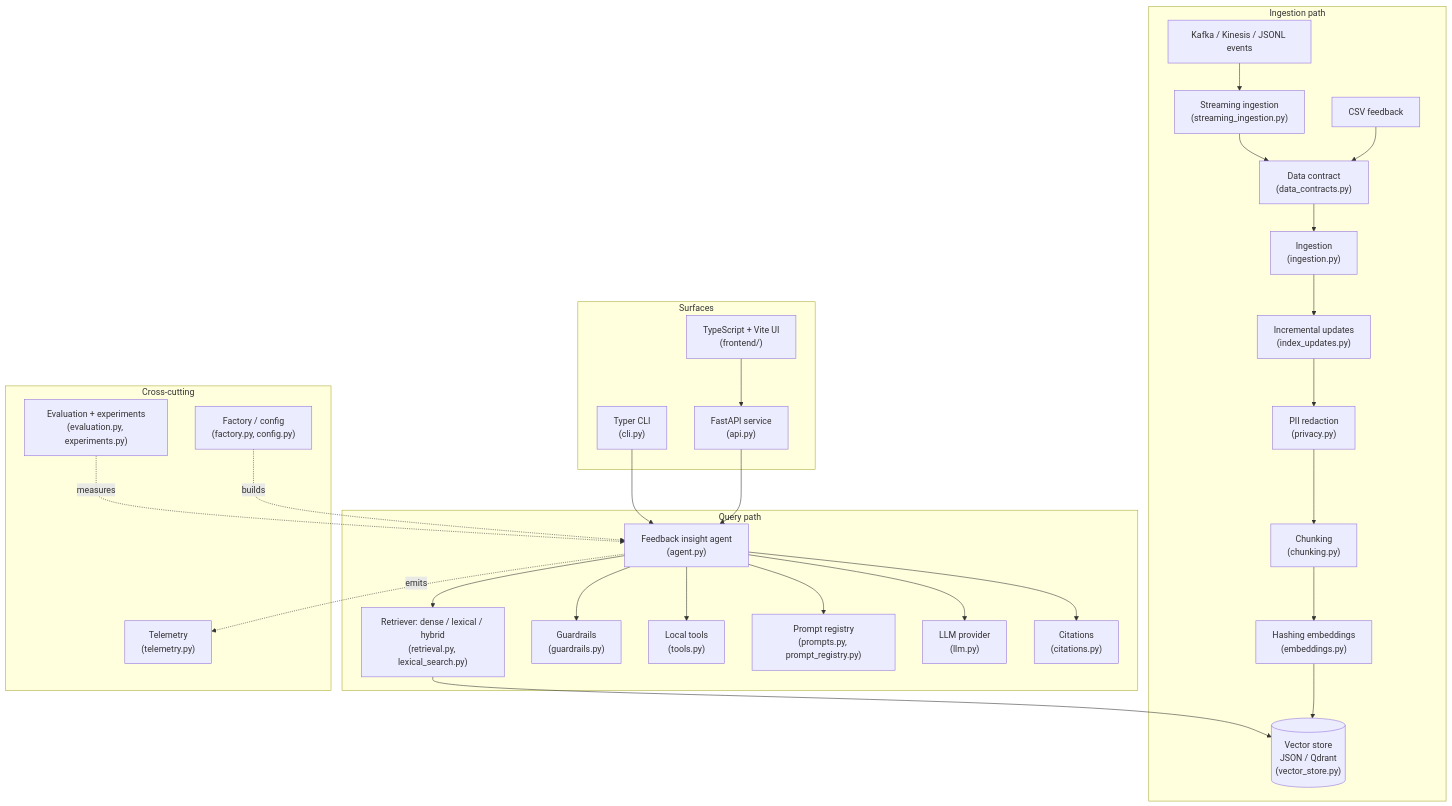
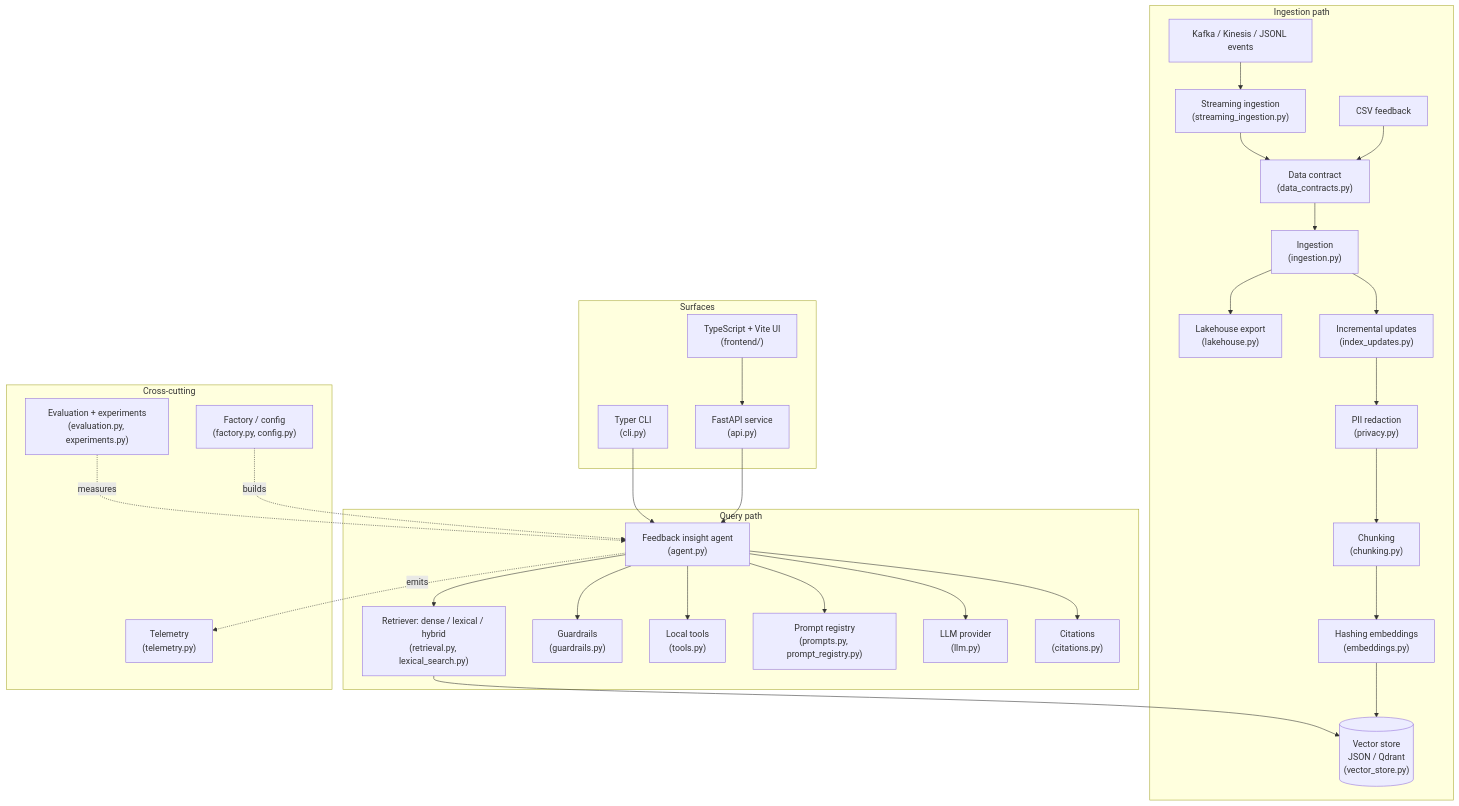
Before and after one commit to DiogoRibeiro7/feedback-intelligence-agent: the first of 3 diagrams in docs/case_study.md, drawn with Mermaid. The commit also changed other lines of this file and 8 other files, not shown here.

Commit message:
feat: add lakehouse export

````diff
--- a/docs/case_study.md
+++ b/docs/case_study.md
@@ -64,50 +64,51 @@
 ```mermaid
 flowchart TB
   subgraph Ingest["Ingestion path"]
     CSV["CSV feedback"] --> DC["Data contract<br/>(data_contracts.py)"]
     STREAM["Kafka / Kinesis / JSONL events"] --> SI["Streaming ingestion<br/>(streaming_ingestion.py)"]
     SI --> DC
     DC --> ING["Ingestion<br/>(ingestion.py)"]
+    ING --> LH["Lakehouse export<br/>(lakehouse.py)"]
     ING --> UPD["Incremental updates<br/>(index_updates.py)"]
     UPD --> PRV["PII redaction<br/>(privacy.py)"]
     PRV --> CH["Chunking<br/>(chunking.py)"]
     CH --> EMB["Hashing embeddings<br/>(embeddings.py)"]
     EMB --> VS[("Vector store<br/>JSON / Qdrant<br/>(vector_store.py)")]
   end
 
   subgraph Query["Query path"]
     AG["Feedback insight agent<br/>(agent.py)"]
     RET["Retriever: dense / lexical / hybrid<br/>(retrieval.py, lexical_search.py)"]
     GR["Guardrails<br/>(guardrails.py)"]
     TL["Local tools<br/>(tools.py)"]
     PR["Prompt registry<br/>(prompts.py, prompt_registry.py)"]
     LLM["LLM provider<br/>(llm.py)"]
     CIT["Citations<br/>(citations.py)"]
     AG --> GR
     AG --> RET
     RET --> VS
     AG --> TL
     AG --> PR
     AG --> LLM
     AG --> CIT
   end
 
   subgraph Surfaces["Surfaces"]
     API["FastAPI service<br/>(api.py)"]
     CLI["Typer CLI<br/>(cli.py)"]
     FE["TypeScript + Vite UI<br/>(frontend/)"]
   end
 
   subgraph Cross["Cross-cutting"]
     FAC["Factory / config<br/>(factory.py, config.py)"]
     TEL["Telemetry<br/>(telemetry.py)"]
     EVAL["Evaluation + experiments<br/>(evaluation.py, experiments.py)"]
   end
 
   API --> AG
   CLI --> AG
   FE --> API
   FAC -.builds.-> AG
   AG -.emits.-> TEL
   EVAL -.measures.-> AG
 ```
````
